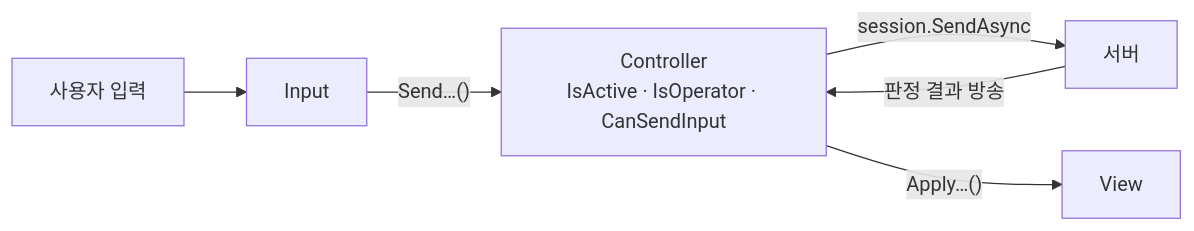
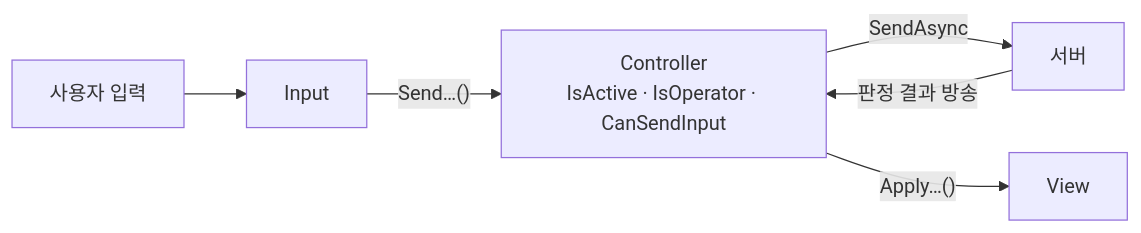
Before and after one commit to ebsongg1/portfolio: the third of 6 diagrams in src/2-team-driving/기술문서.md, drawn with Mermaid. The commit also changed other lines of this file and 1 other file, not shown here.

````diff
--- a/src/2-team-driving/기술문서.md
+++ b/src/2-team-driving/기술문서.md
@@ -181,8 +199,8 @@
 ```mermaid
 flowchart LR
     U["사용자 입력"] --> I["Input"]
     I -->|"Send…()"| C["Controller<br/>IsActive · IsOperator · CanSendInput"]
-    C -->|"session.SendAsync"| S["서버"]
+    C -->|"SendAsync"| S["서버"]
     S -->|"판정 결과 방송"| C
     C -->|"Apply…()"| V["View"]
 ```
````
